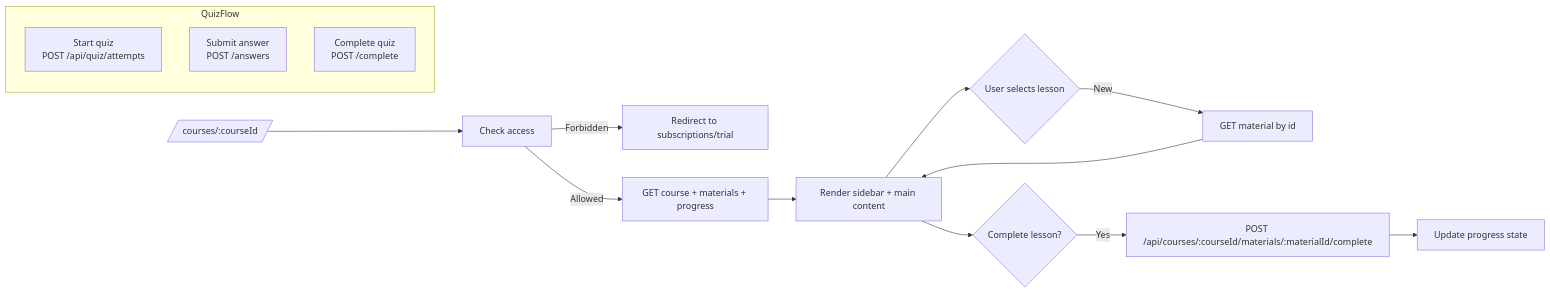
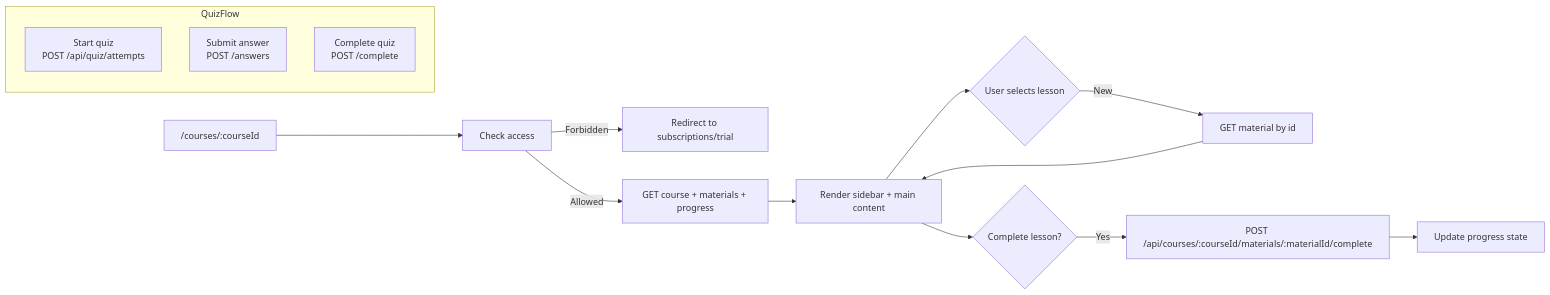
One commit to annnsvm/buero.de changed the fourth of 7 diagrams in buero-frontend/docs/frontend-flows.md. Above: the diagram before and after it, drawn with Mermaid. The commit also changed other lines of this file and 8 other files, not shown here.

Commit message:
docs: fix mermide diagram view issues

````diff
--- a/buero-frontend/docs/frontend-flows.md
+++ b/buero-frontend/docs/frontend-flows.md
@@ -181,21 +181,21 @@
 ```mermaid
 flowchart LR
-  A[/courses/:courseId/] --> B[Check access]
+  A["/courses/:courseId"] --> B[Check access]
   B -->|Forbidden| C[Redirect to subscriptions/trial]
   B -->|Allowed| D[GET course + materials + progress]
   D --> E[Render sidebar + main content]
 
   E --> F{User selects lesson}
   F -->|New| G[GET material by id]
   G --> E
 
   E --> H{Complete lesson?}
   H -->|Yes| I[POST /api/courses/:courseId/materials/:materialId/complete]
   I --> J[Update progress state]
 
   subgraph QuizFlow
     K[Start quiz<br/>POST /api/quiz/attempts]
     L[Submit answer<br/>POST /answers]
     M[Complete quiz<br/>POST /complete]
   end
 ```
````
